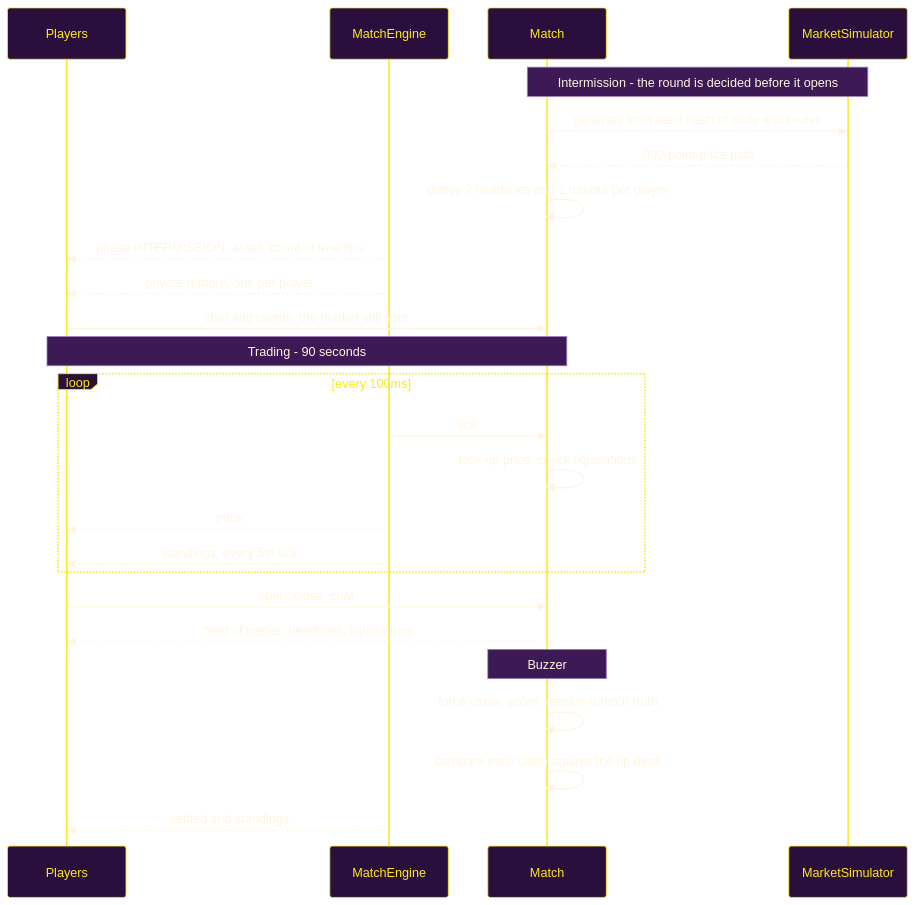
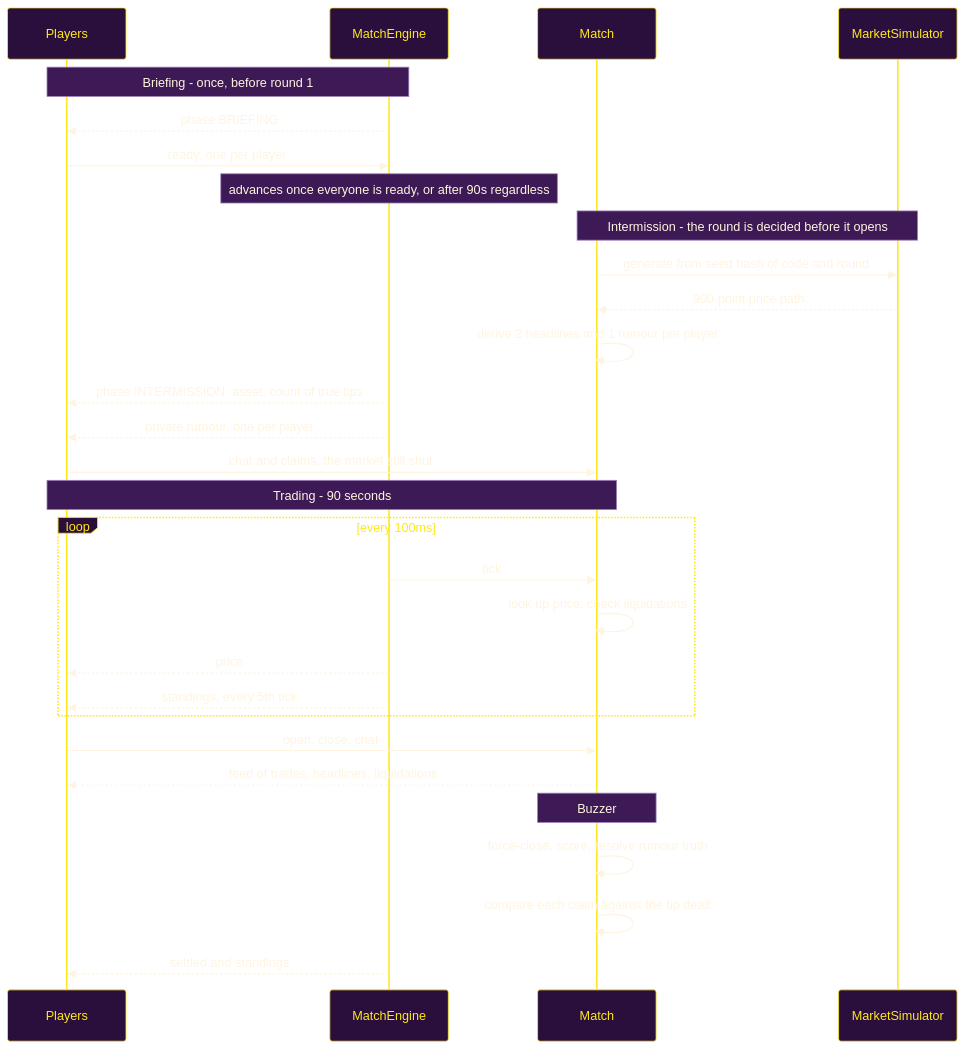
Before and after one commit to pushkqr/stonk-royale: the first of 2 diagrams in README.md, drawn with Mermaid. The commit also changed other lines of this file and 21 other files, not shown here.

First line of the commit message:
feat(match): brief new players before the first round, give intermissions room to talk

````diff
--- a/README.md
+++ b/README.md
@@ -125,31 +131,36 @@
 ```mermaid
 %%{init: {'theme':'base','themeVariables':{'primaryColor':'#2A0F3D','primaryTextColor':'#FFF4E0','primaryBorderColor':'#FFE81A','lineColor':'#FFE81A','actorBkg':'#2A0F3D','actorBorder':'#FFE81A','actorTextColor':'#FFE81A','signalColor':'#FFF4E0','signalTextColor':'#FFF4E0','noteBkgColor':'#3D1A55','noteTextColor':'#FFF4E0','noteBorderColor':'#9E7EBB'}}}%%
 sequenceDiagram
     participant P as Players
     participant E as MatchEngine
     participant M as Match
     participant S as MarketSimulator
+
+    Note over P,E: Briefing - once, before round 1
+    E-->>P: phase BRIEFING
+    P->>E: ready, one per player
+    Note over E: advances once everyone is ready, or after 90s regardless
 
     Note over M,S: Intermission - the round is decided before it opens
     M->>S: generate from seed hash of code and round
     S-->>M: 900-point price path
     M->>M: derive 2 headlines and 1 rumour per player
     E-->>P: phase INTERMISSION, asset, count of true tips
     E-->>P: private rumour, one per player
     P->>M: chat and claims, the market still shut
 
     Note over P,M: Trading - 90 seconds
     loop every 100ms
         E->>M: tick
         M->>M: look up price, check liquidations
         E-->>P: price
         E-->>P: standings, every 5th tick
     end
     P->>M: open, close, chat
     M-->>P: feed of trades, headlines, liquidations
 
     Note over M: Buzzer
     M->>M: force-close, score, resolve rumour truth
     M->>M: compare each claim against the tip dealt
     E-->>P: settled and standings
 ```
````
